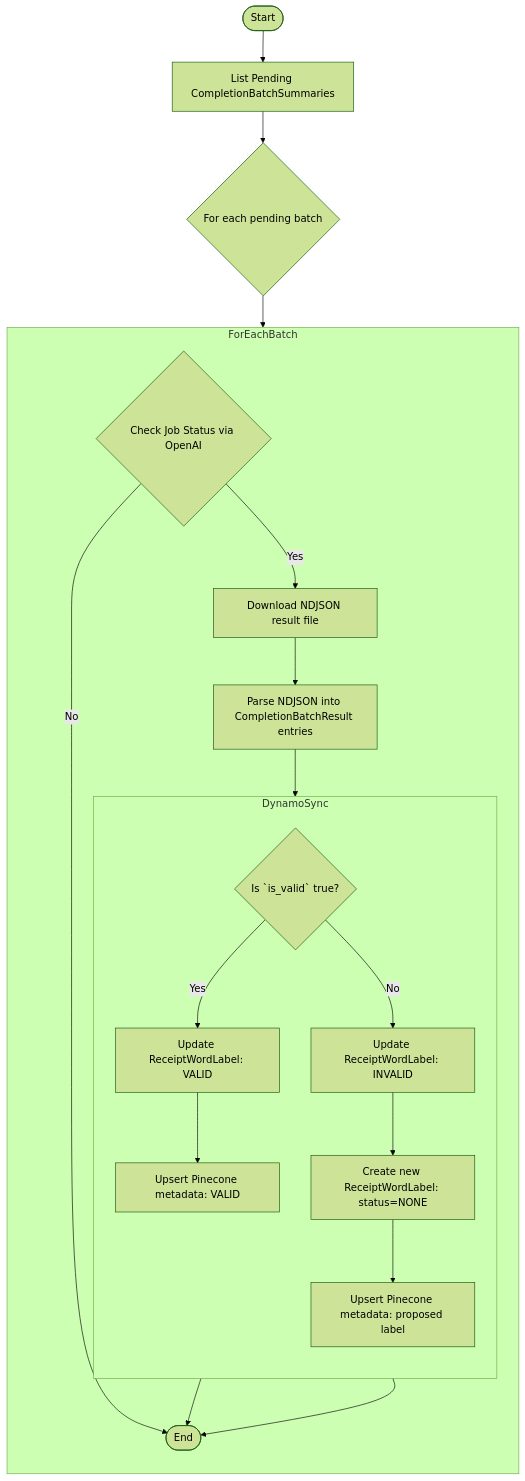
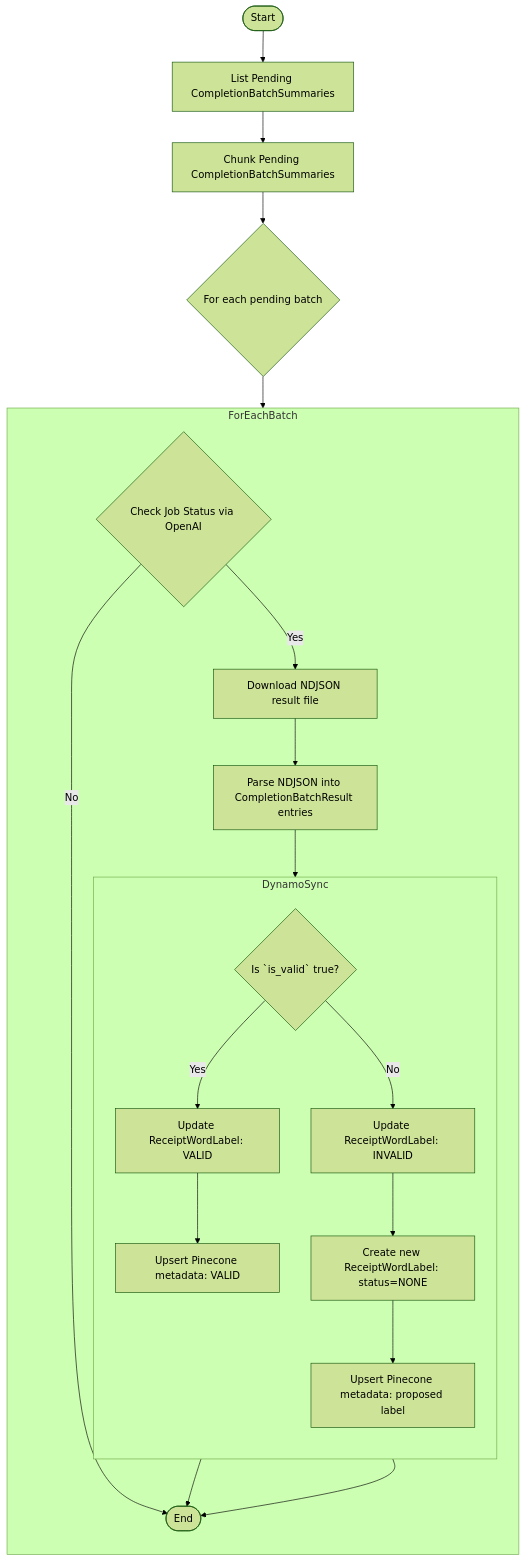
One commit to tnorlund/Portfolio changed the diagram in receipt_label/receipt_label/poll_completion_batch/README.md. Above: the diagram before and after it, drawn with Mermaid (forest theme).

````diff
--- a/receipt_label/receipt_label/poll_completion_batch/README.md
+++ b/receipt_label/receipt_label/poll_completion_batch/README.md
@@ -17,28 +17,29 @@
 ```mermaid
     flowchart TB
         Start([Start]) --> ListPending["List Pending CompletionBatchSummaries"]
-        ListPending --> MapBatches{"For each pending batch"}
+        ListPending --> ChunkPending["Chunk Pending CompletionBatchSummaries"]
+        ChunkPending --> MapBatches{"For each pending batch"}
 
         subgraph ForEachBatch
             direction TB
             CheckStatus{"Check Job Status via OpenAI"}
             CheckStatus -- No --> End([End])
             CheckStatus -- Yes --> Download["Download NDJSON result file"]
             Download --> ParseResults["Parse NDJSON into CompletionBatchResult entries"]
             ParseResults --> ForEachResult{"Is `is_valid` true?"}
 
             subgraph DynamoSync
                 direction TB
                 ForEachResult -- Yes --> UpdateValid["Update ReceiptWordLabel: VALID"]
                 UpdateValid --> UpsertPineconeValid["Upsert Pinecone metadata: VALID"]
                 ForEachResult -- No --> UpdateInvalid["Update ReceiptWordLabel: INVALID"]
                 UpdateInvalid --> CreateProposed["Create new ReceiptWordLabel: status=NONE"]
                 CreateProposed --> UpsertPineconeInvalid["Upsert Pinecone metadata: proposed label"]
             end
 
             UpsertPineconeValid --> End
             UpsertPineconeInvalid --> End
         end
 
         MapBatches --> ForEachBatch
 ```
````
